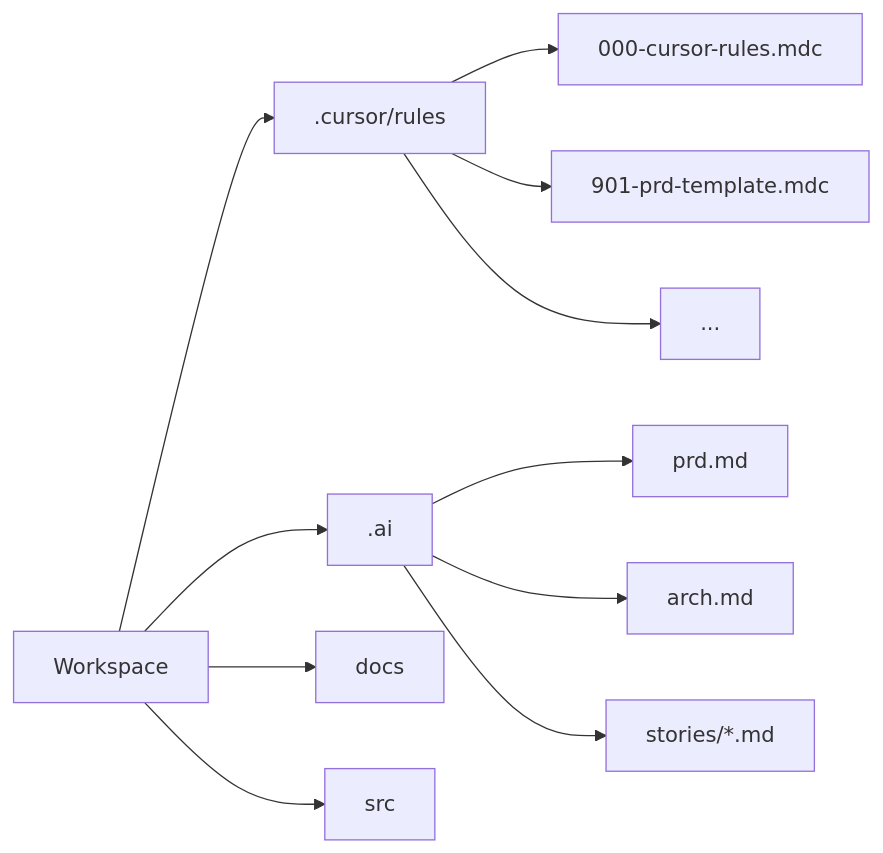
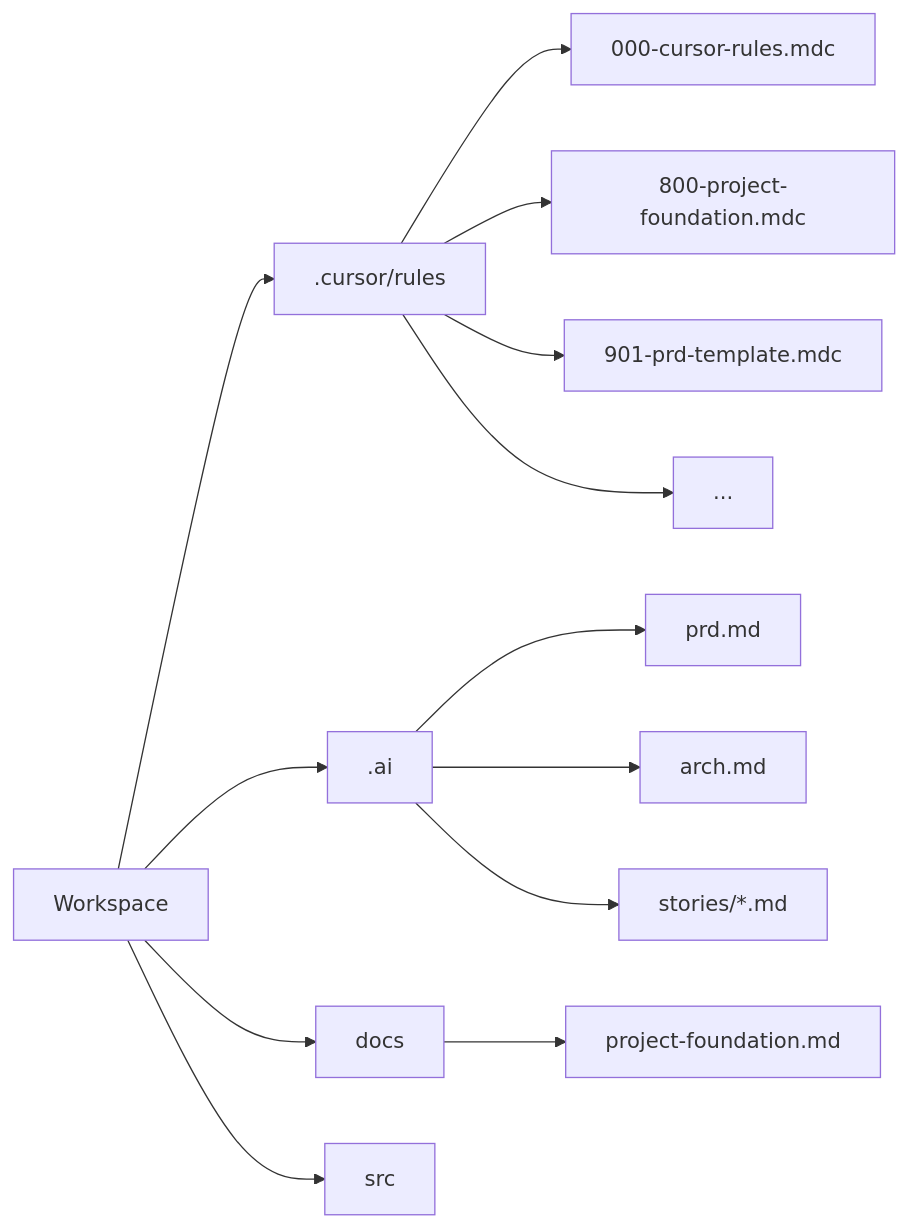
One commit to giak/cursor-auto-rules-agile-workflow changed the fourth of 5 diagrams in docs/GUIDE.md. Above: the diagram before and after it, drawn with Mermaid. The commit also changed other lines of this file and 7 other files, not shown here.

First line of the commit message:
feat: Add project foundation documentation template and workflow integration

````diff
--- a/docs/GUIDE.md
+++ b/docs/GUIDE.md
@@ -93,15 +101,18 @@
 ```mermaid
 graph LR
     A[Workspace] --> B[.cursor/rules]
     A --> C[.ai]
     A --> D[docs]
     A --> E[src]
 
     B --> B1[000-cursor-rules.mdc]
+    B --> B1_5[800-project-foundation.mdc]
     B --> B2[901-prd-template.mdc]
     B --> B3[...]
 
     C --> C1[prd.md]
     C --> C2[arch.md]
     C --> C3[stories/*.md]
+
+    D --> D1[project-foundation.md]
 ```
````
